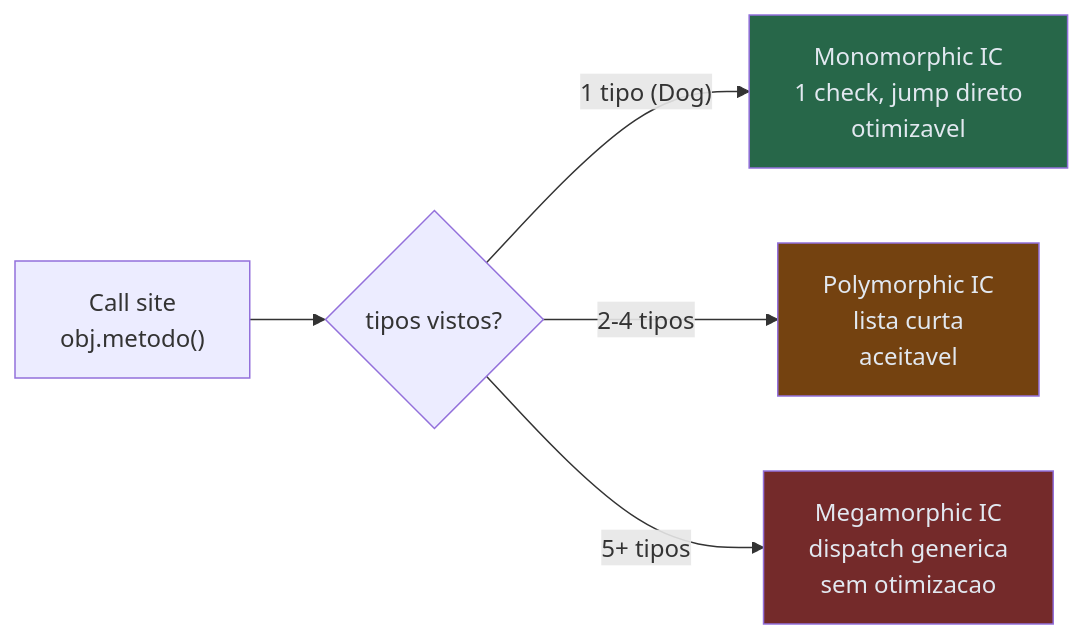
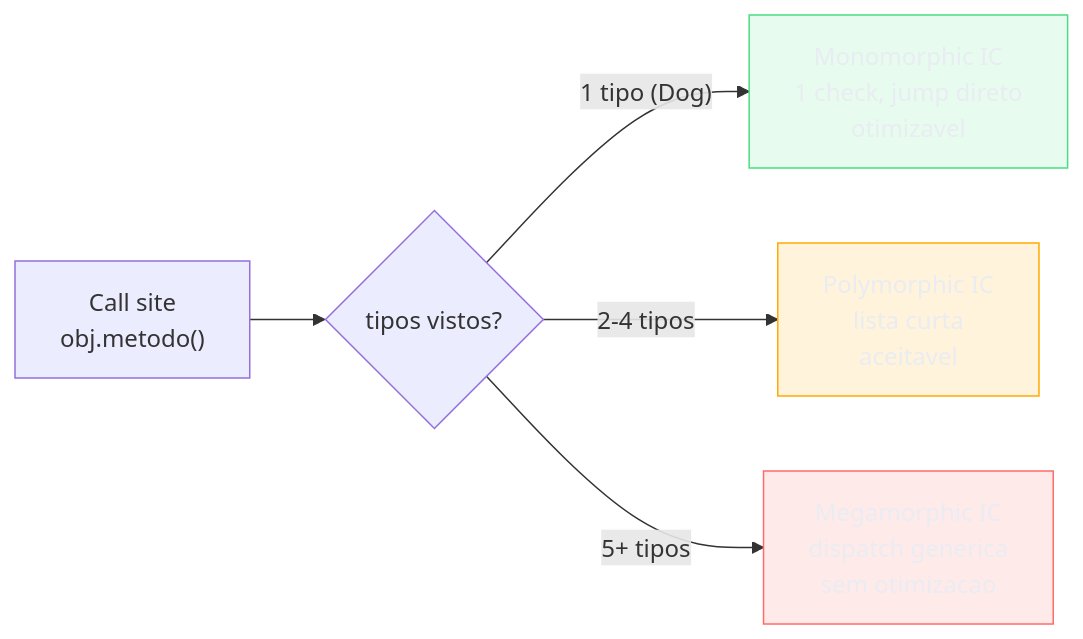
The third of 5 diagrams in 03-Dominios/Ciência/Compiladores e Linguagens/17 - JIT a fundo.md (josenaldo/codex-technomanticus), drawn with Mermaid before and after one commit. The commit also changed other lines of this file and 1181 other files, not shown here.

First line of the commit message:
fix(diagramas): paleta do sistema no lugar de cor cravada no markdown

````diff
--- a/03-Dominios/Ciência/Compiladores e Linguagens/17 - JIT a fundo.md
+++ b/03-Dominios/Ciência/Compiladores e Linguagens/17 - JIT a fundo.md
@@ -175,11 +177,14 @@
 ```mermaid
 flowchart LR
+    classDef ok fill:#4ADE8021,stroke:#4ADE80,color:#E9ECF2
+    classDef destaque fill:#FFAA0024,stroke:#FFAA00,color:#E9ECF2
+    classDef falha fill:#FF6B6B24,stroke:#FF6B6B,color:#E9ECF2
     A["Call site\nobj.metodo()"] --> B{"tipos vistos?"}
     B -->|"1 tipo (Dog)"| C["Monomorphic IC\n1 check, jump direto\notimizavel"]
     B -->|"2-4 tipos"| D["Polymorphic IC\nlista curta\naceitavel"]
     B -->|"5+ tipos"| E["Megamorphic IC\ndispatch generica\nsem otimizacao"]
 
-    style C fill:#276749,color:#e2e8f0
-    style D fill:#744210,color:#e2e8f0
-    style E fill:#742a2a,color:#e2e8f0
+    class C ok
+    class D destaque
+    class E falha
 ```
````
